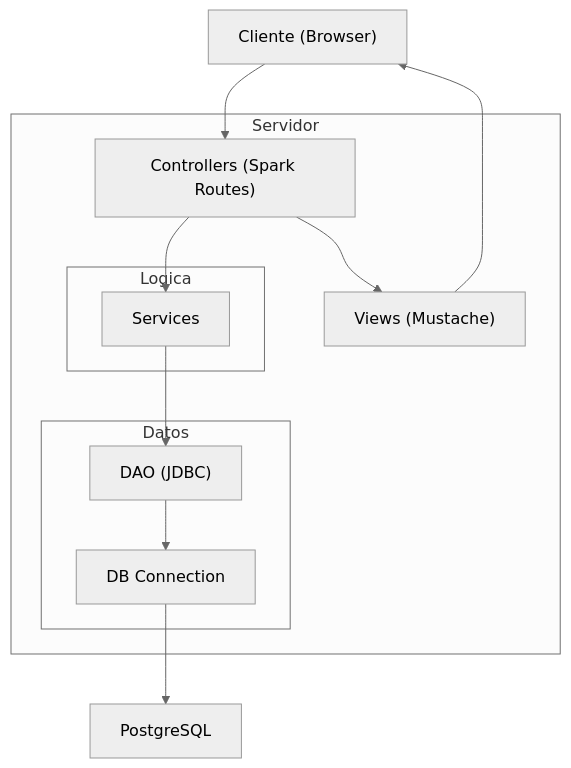
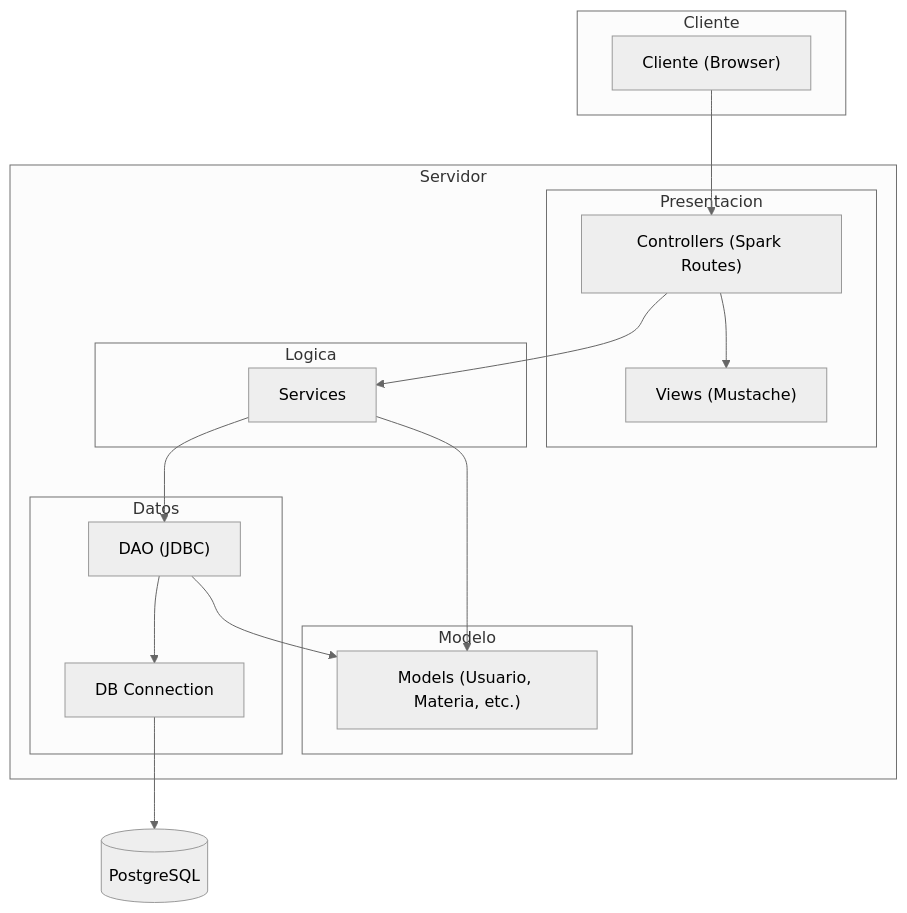
The fourth of 6 diagrams in documentacion/diagramas/diagrama_clases.md (alejobonavia003/Proyecto-integrador-Ing-2026), drawn with Mermaid (neutral theme) before and after one commit. The commit also changed other lines of this file and 43 other files, not shown here.

````diff
--- a/documentacion/diagramas/diagrama_clases.md
+++ b/documentacion/diagramas/diagrama_clases.md
@@ -903,45 +903,41 @@
 ``` mermaid
-flowchart TB
+flowchart TD
 
-%% ======================
-%% CLIENTE
-%% ======================
-Cliente["Cliente (Browser)"]
+    subgraph Cliente
+        Browser["Cliente (Browser)"]
+    end
 
-%% ======================
-%% SERVIDOR
-%% ======================
-subgraph Servidor
+    subgraph Servidor
+        subgraph Presentacion
+            Controllers["Controllers (Spark Routes)"]
+            Views["Views (Mustache)"]
+        end
 
-Controller["Controllers (Spark Routes)"]
-View["Views (Mustache)"]
+        subgraph Logica
+            Services["Services"]
+        end
 
-subgraph Logica
-Service["Services"]
-end
+        subgraph Modelo
+            Models["Models (Usuario, Materia, etc.)"]
+        end
 
-subgraph Datos
-DAO["DAO (JDBC)"]
-DBConn["DB Connection"]
-end
+        subgraph Datos
+            DAO["DAO (JDBC)"]
+            DBConn["DB Connection"]
+        end
+    end
 
-end
+    DB[(PostgreSQL)]
 
-%% ======================
-%% BASE DE DATOS
-%% ======================
-DB["PostgreSQL"]
+    Browser --> Controllers
+    Controllers --> Services
+    Controllers --> Views
 
-%% ======================
-%% RELACIONES
-%% ======================
-Cliente --> Controller
-Controller --> Service
-Controller --> View
+    Services --> DAO
+    Services --> Models
 
-Service --> DAO
-DAO --> DBConn
-DBConn --> DB
+    DAO --> Models
+    DAO --> DBConn
 
-View --> Cliente
+    DBConn --> DB
 ```
````
